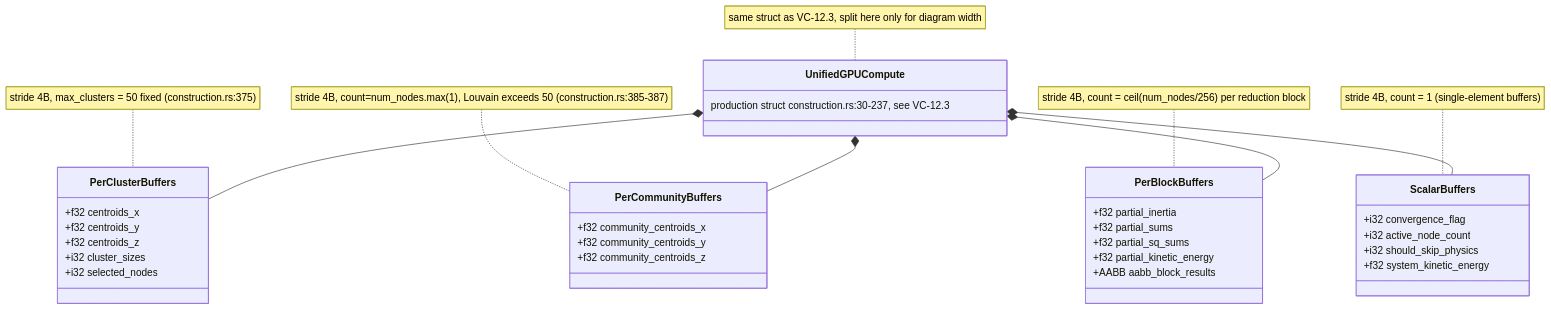
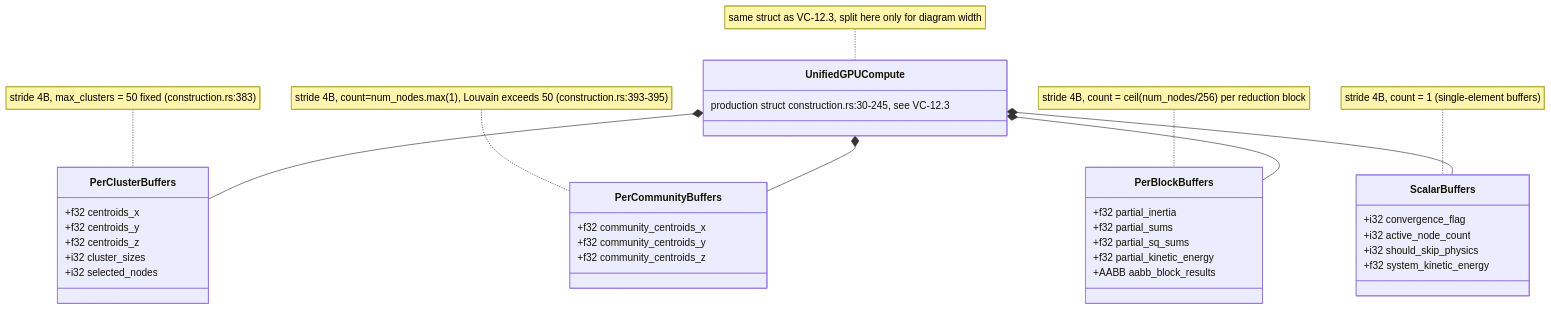
The fourth of 7 diagrams in docs/diagrams/visionclaw/12-simparams-abi-and-ptx.md (DreamLab-AI/VisionFlow), drawn with Mermaid before and after one commit. The commit also changed other lines of this file and 160 other files, not shown here.

````diff
--- a/docs/diagrams/visionclaw/12-simparams-abi-and-ptx.md
+++ b/docs/diagrams/visionclaw/12-simparams-abi-and-ptx.md
@@ -244,41 +249,41 @@
 ```mermaid
 classDiagram
     class PerClusterBuffers {
         +f32 centroids_x
         +f32 centroids_y
         +f32 centroids_z
         +i32 cluster_sizes
         +i32 selected_nodes
     }
     class PerCommunityBuffers {
         +f32 community_centroids_x
         +f32 community_centroids_y
         +f32 community_centroids_z
     }
     class PerBlockBuffers {
         +f32 partial_inertia
         +f32 partial_sums
         +f32 partial_sq_sums
         +f32 partial_kinetic_energy
         +AABB aabb_block_results
     }
     class ScalarBuffers {
         +i32 convergence_flag
         +i32 active_node_count
         +i32 should_skip_physics
         +f32 system_kinetic_energy
     }
     class UnifiedGPUCompute {
-        production struct construction.rs:30-237, see VC-12.3
+        production struct construction.rs:30-245, see VC-12.3
     }
     UnifiedGPUCompute *-- PerClusterBuffers
     UnifiedGPUCompute *-- PerCommunityBuffers
     UnifiedGPUCompute *-- PerBlockBuffers
     UnifiedGPUCompute *-- ScalarBuffers
 
-    note for PerClusterBuffers "stride 4B, max_clusters = 50 fixed (construction.rs:375)"
-    note for PerCommunityBuffers "stride 4B, count=num_nodes.max(1), Louvain exceeds 50 (construction.rs:385-387)"
+    note for PerClusterBuffers "stride 4B, max_clusters = 50 fixed (construction.rs:383)"
+    note for PerCommunityBuffers "stride 4B, count=num_nodes.max(1), Louvain exceeds 50 (construction.rs:393-395)"
     note for PerBlockBuffers "stride 4B, count = ceil(num_nodes/256) per reduction block"
     note for ScalarBuffers "stride 4B, count = 1 (single-element buffers)"
     note for UnifiedGPUCompute "same struct as VC-12.3, split here only for diagram width"
 ```
````
